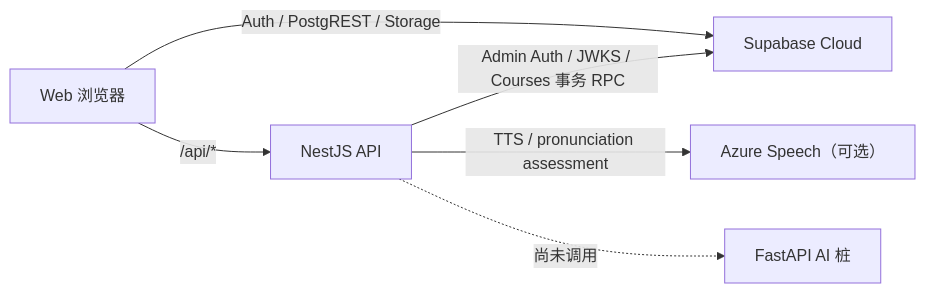
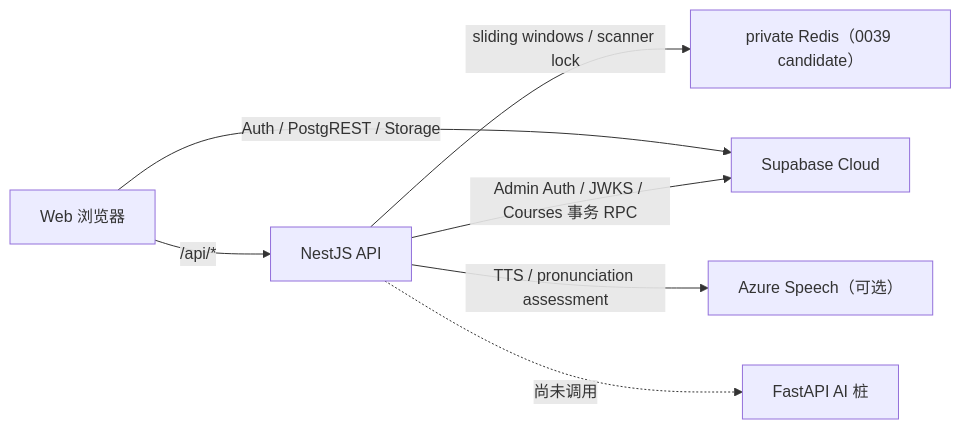
The diagram in docs/guides/API.md (HuanZhang2006/Nalanda), drawn with Mermaid before and after one commit. The commit also changed other lines of this file and 72 other files, not shown here.

````diff
--- a/docs/guides/API.md
+++ b/docs/guides/API.md
@@ -9,8 +9,9 @@
 ```mermaid
 flowchart LR
     Browser["Web 浏览器"] -->|"/api/*"| Nest["NestJS API"]
     Browser -->|"Auth / PostgREST / Storage"| Supabase["Supabase Cloud"]
+    Nest -->|"sliding windows / scanner lock"| Redis["private Redis（0039 candidate）"]
     Nest -->|"Admin Auth / JWKS / Courses 事务 RPC"| Supabase
     Nest -->|"TTS / pronunciation assessment"| Azure["Azure Speech（可选）"]
     Nest -. "尚未调用" .-> AI["FastAPI AI 桩"]
 ```
````
